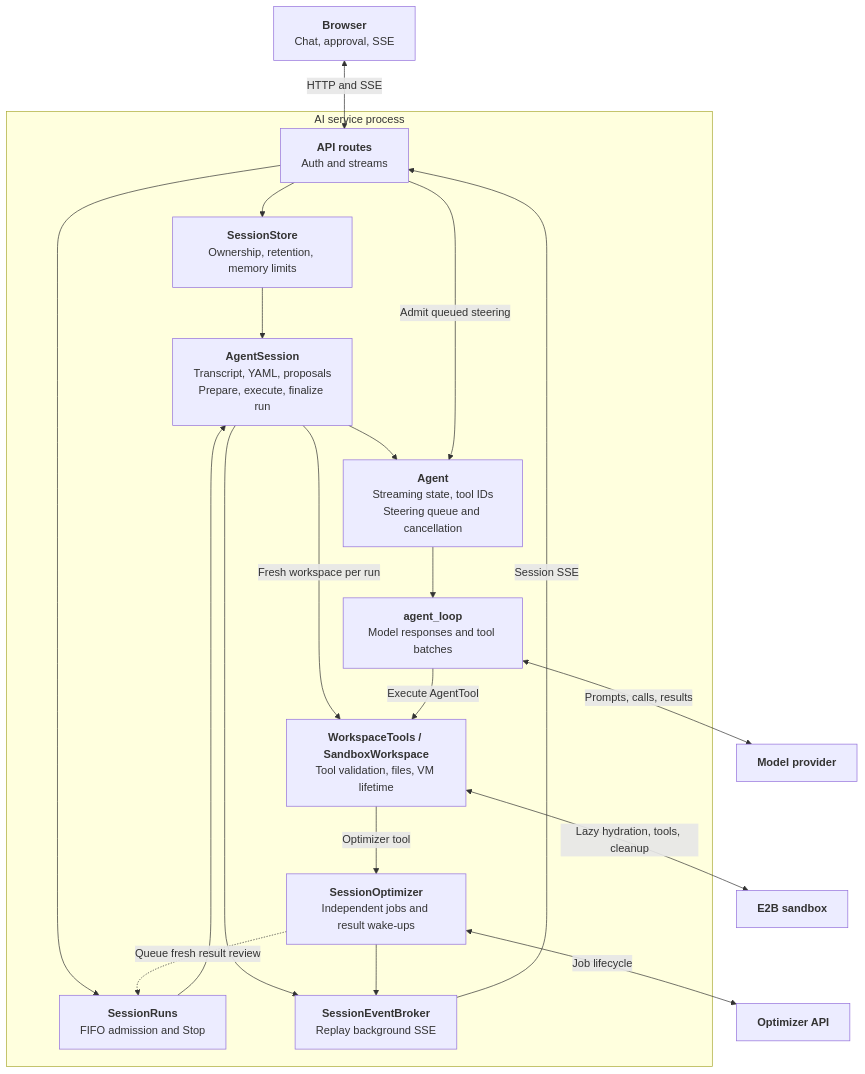
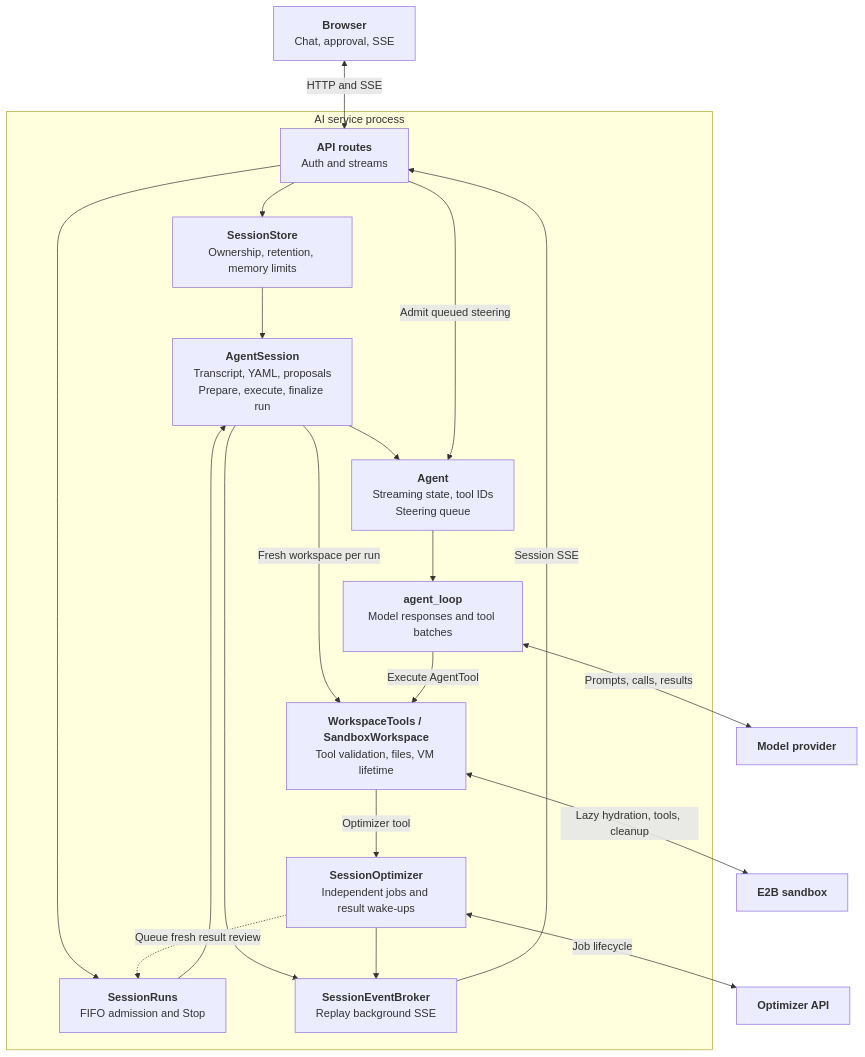
Before and after one commit to j3soon/nurse-scheduling: the second of 7 diagrams in docs/content/developer-guide/ai-assistant.md, drawn with Mermaid. The commit also changed other lines of this file and 3 other files, not shown here.

````diff
--- a/docs/content/developer-guide/ai-assistant.md
+++ b/docs/content/developer-guide/ai-assistant.md
@@ -90,37 +90,37 @@
 ```mermaid
 flowchart TB
     Browser[<b>Browser</b><br/>Chat, approval, SSE]
 
     subgraph Service[AI service process]
         Routes[<b>API routes</b><br/>Auth and streams]
         Store[<b>SessionStore</b><br/>Ownership, retention, memory limits]
         Queue[<b>SessionRuns</b><br/>FIFO admission and Stop]
         Session[<b>AgentSession</b><br/>Transcript, YAML, proposals<br/>Prepare, execute, finalize run]
-        Agent[<b>Agent</b><br/>Streaming state, tool IDs<br/>Steering queue and cancellation]
+        Agent[<b>Agent</b><br/>Streaming state, tool IDs<br/>Steering queue]
         Loop[<b>agent_loop</b><br/>Model responses and tool batches]
         Workspace[<b>WorkspaceTools / SandboxWorkspace</b><br/>Tool validation, files, VM lifetime]
         Jobs[<b>SessionOptimizer</b><br/>Independent jobs and result wake-ups]
         Events[<b>SessionEventBroker</b><br/>Replay background SSE]
 
         Routes --> Store --> Session
         Routes --> Queue --> Session
         Session -->|Fresh workspace per run| Workspace
         Session --> Agent --> Loop
         Routes -->|Admit queued steering| Agent
         Loop -->|Execute AgentTool| Workspace
         Workspace -->|Optimizer tool| Jobs
         Jobs -.->|Queue fresh result review| Queue
         Session --> Events
         Jobs --> Events
         Events -->|Session SSE| Routes
     end
 
     Provider[<b>Model provider</b>]
     E2B[<b>E2B sandbox</b>]
     Optimizer[<b>Optimizer API</b>]
 
     Browser <-->|HTTP and SSE| Routes
     Loop <-->|Prompts, calls, results| Provider
     Workspace <-->|Lazy hydration, tools, cleanup| E2B
     Jobs <-->|Job lifecycle| Optimizer
 ```
````
